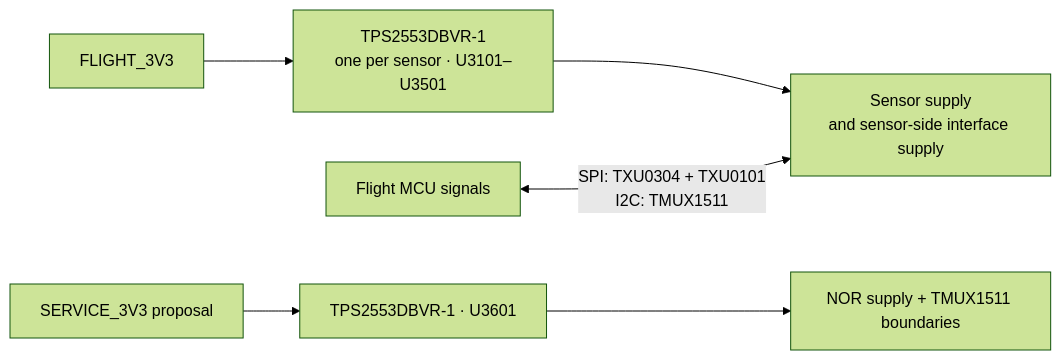
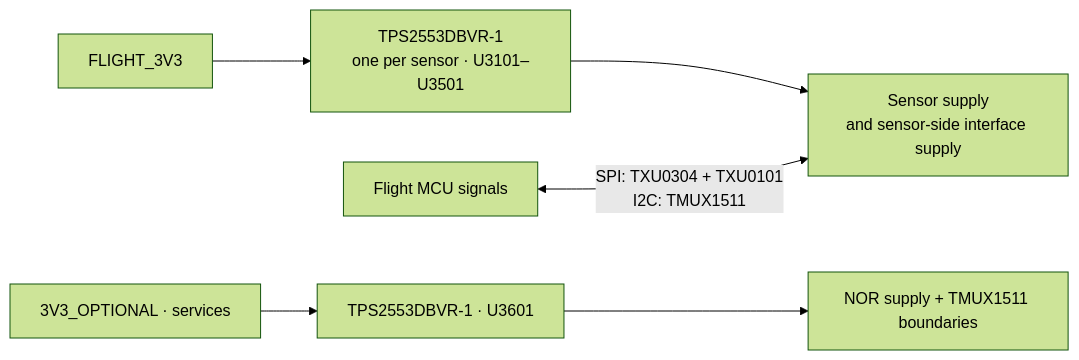
Before and after one commit to ULAS-HiPR/Ogma2: the second of 2 diagrams in docs/architecture/07-sensors-logging.md, drawn with Mermaid (forest theme). The commit also changed other lines of this file and 25 other files, not shown here.

````diff
--- a/docs/architecture/07-sensors-logging.md
+++ b/docs/architecture/07-sensors-logging.md
@@ -52,11 +53,11 @@
 ```mermaid
 flowchart LR
   F["FLIGHT_3V3"] --> L["TPS2553DBVR-1
 one per sensor · U3101–U3501"]
   L --> S["Sensor supply
 and sensor-side interface supply"]
   M["Flight MCU signals"] <-->|"SPI: TXU0304 + TXU0101
 I2C: TMUX1511"| S
-  P["SERVICE_3V3 proposal"] --> NL["TPS2553DBVR-1 · U3601"]
+  P["3V3_OPTIONAL · services"] --> NL["TPS2553DBVR-1 · U3601"]
   NL --> N["NOR supply + TMUX1511 boundaries"]
 ```
````
